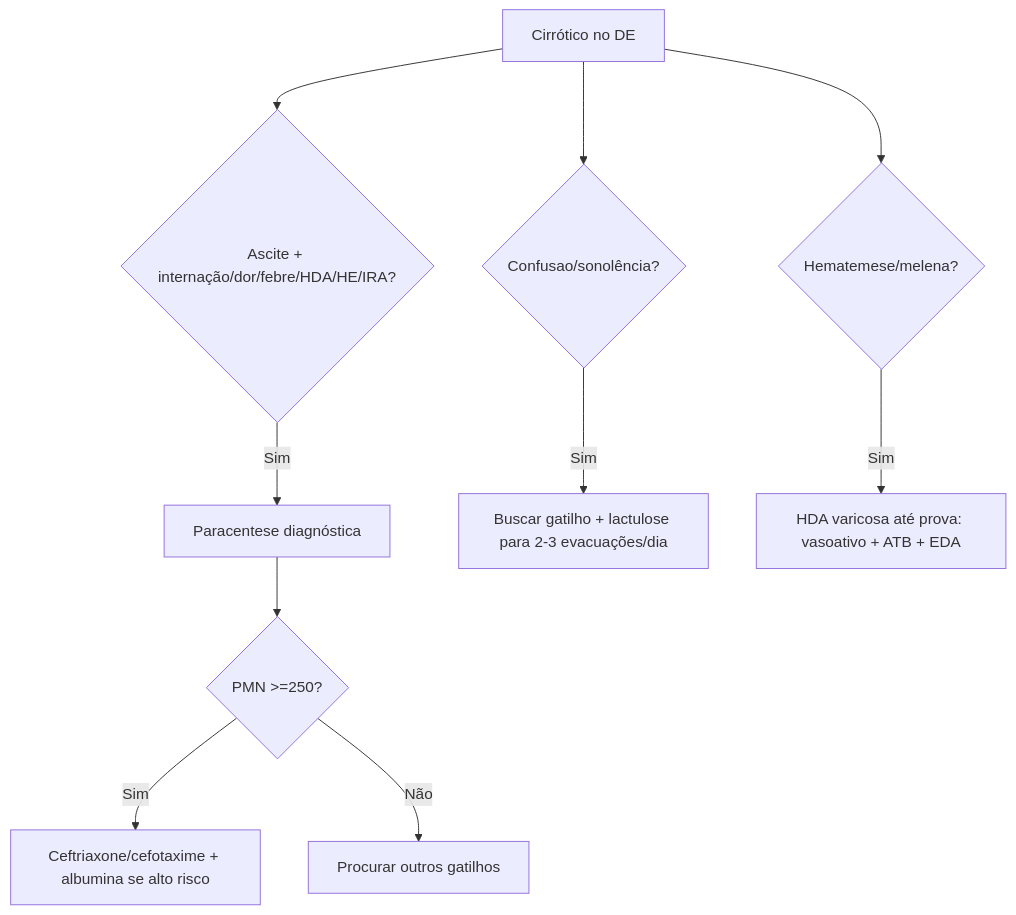
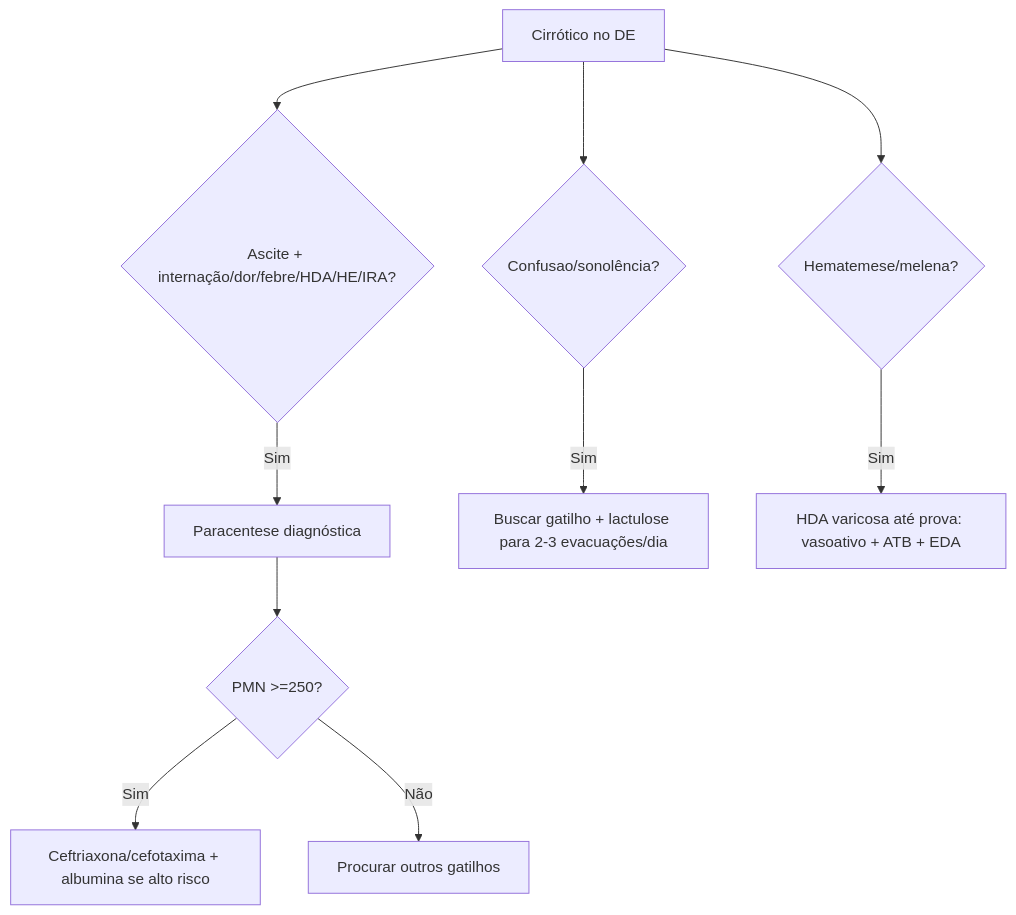
Before and after one commit to ThiagoPersona/emergencia26: the third of 4 diagrams in Intensivao/temas/014_gastro-hepatologia-abdome-agudo.md, drawn with Mermaid. The commit also changed other lines of this file and 10 other files, not shown here.

````diff
--- a/Intensivao/temas/014_gastro-hepatologia-abdome-agudo.md
+++ b/Intensivao/temas/014_gastro-hepatologia-abdome-agudo.md
@@ -306,12 +306,12 @@
 ```mermaid
 flowchart TD
     A[Cirrótico no DE] --> B{Ascite + internação/dor/febre/HDA/HE/IRA?}
     B -->|Sim| C[Paracentese diagnóstica]
     C --> D{PMN >=250?}
-    D -->|Sim| E[Ceftriaxone/cefotaxime + albumina se alto risco]
+    D -->|Sim| E[Ceftriaxona/cefotaxima + albumina se alto risco]
     D -->|Não| F[Procurar outros gatilhos]
     A --> G{Confusao/sonolência?}
     G -->|Sim| H[Buscar gatilho + lactulose para 2-3 evacuações/dia]
     A --> I{Hematemese/melena?}
     I -->|Sim| J[HDA varicosa até prova: vasoativo + ATB + EDA]
 ```
````
